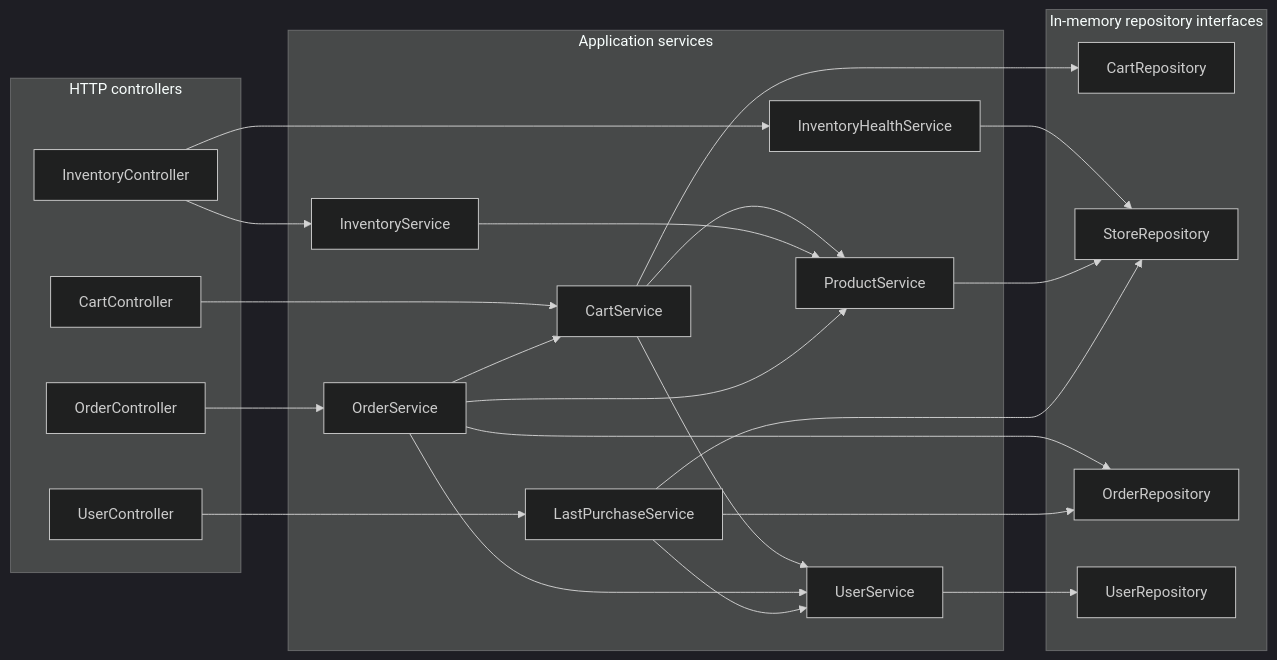
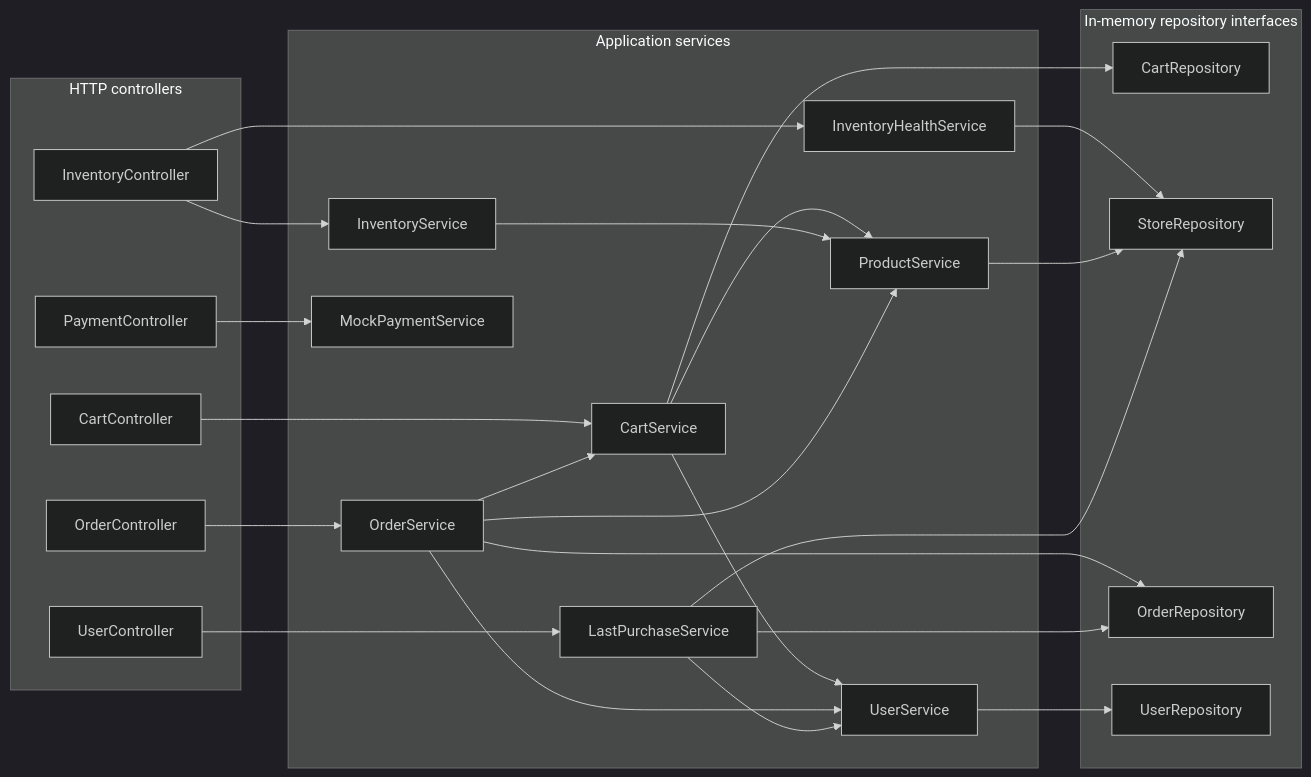
One commit to KumaDun/developer-joi-delivery-java changed the first of 2 diagrams in README.md. Above: the diagram before and after it, drawn with Mermaid (dark theme). The commit also changed other lines of this file and 10 other files, not shown here.

````diff
--- a/README.md
+++ b/README.md
@@ -79,43 +86,46 @@
 ```mermaid
 flowchart LR
     subgraph HTTP[HTTP controllers]
         CC[CartController]
         IC[InventoryController]
         OC[OrderController]
         UC[UserController]
+        PC[PaymentController]
     end
     subgraph Business[Application services]
         CS[CartService]
         PS[ProductService]
         IS[InventoryService]
         HS[InventoryHealthService]
         OS[OrderService]
         US[UserService]
         LS[LastPurchaseService]
+        MPS[MockPaymentService]
     end
     subgraph Storage[In-memory repository interfaces]
         CR[CartRepository]
         SR[StoreRepository]
         OR[OrderRepository]
         UR[UserRepository]
     end
     CC --> CS
     IC --> IS
     IC --> HS
     OC --> OS
     UC --> LS
+    PC --> MPS
     CS --> CR
     CS --> PS
     CS --> US
     IS --> PS
     HS --> SR
     PS --> SR
     OS --> CS
     OS --> PS
     OS --> OR
     OS --> US
     LS --> US
     LS --> OR
     LS --> SR
     US --> UR
 ```
````
